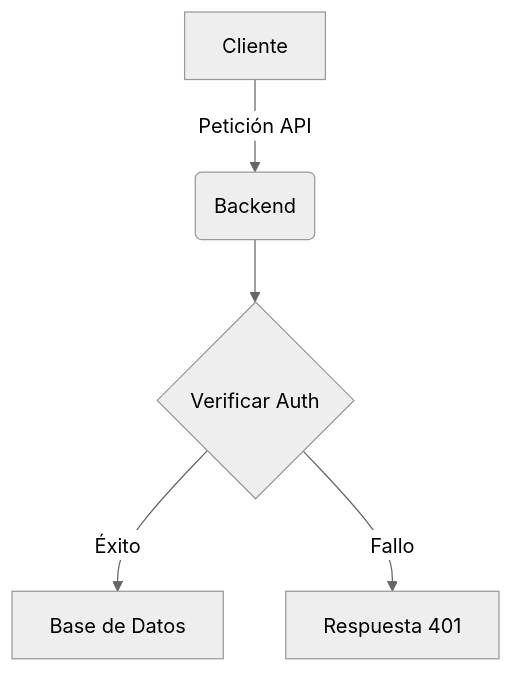
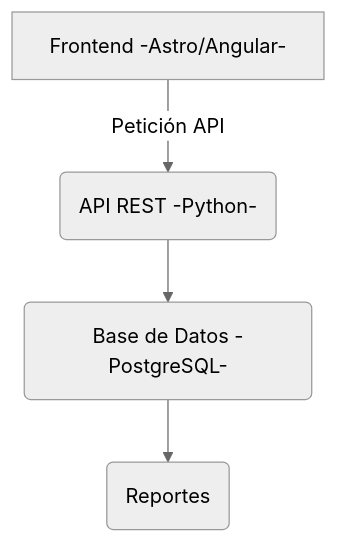
The diagram in README.md (ismaelmelgarejo/Ventas-full), drawn with Mermaid (neutral theme) before and after one commit. The commit also changed other lines of this file, not shown here.

````diff
--- a/README.md
+++ b/README.md
@@ -2,7 +1,5 @@
 ```mermaid
 graph TD;
-    A[Cliente] -->|Petición API| B(Backend);
-    B --> C{Verificar Auth};
-    C -->|Éxito| D[Base de Datos];
-    C -->|Fallo| E[Respuesta 401];
+    A[Frontend -Astro/Angular-] -->|Petición API| B(API REST -Python-) --> C(Base de Datos -PostgreSQL-) --> D(Reportes);
+
 ```
````
